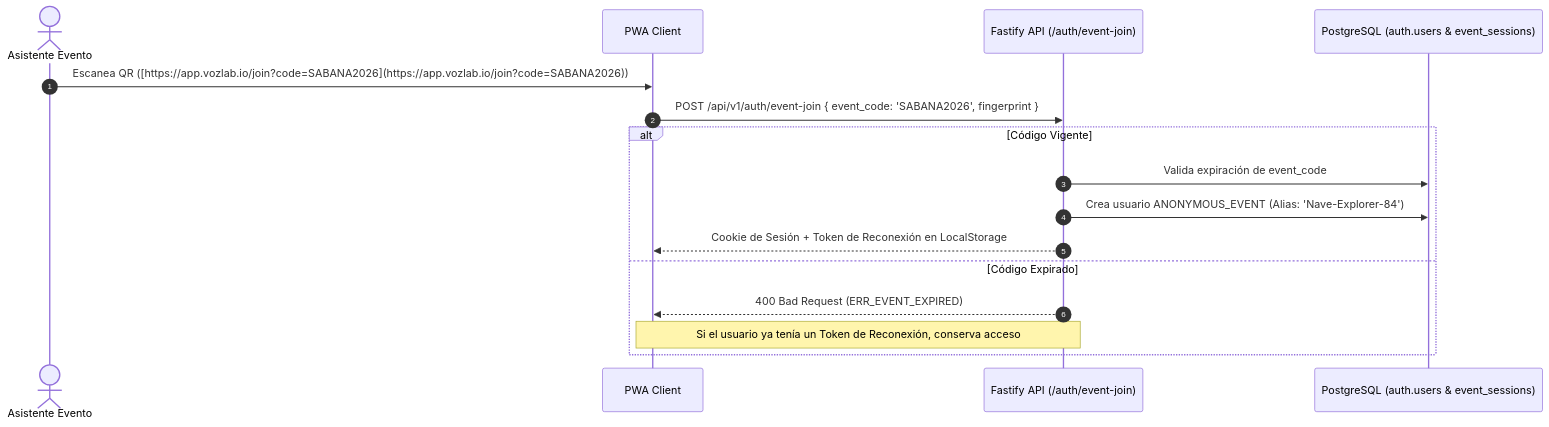
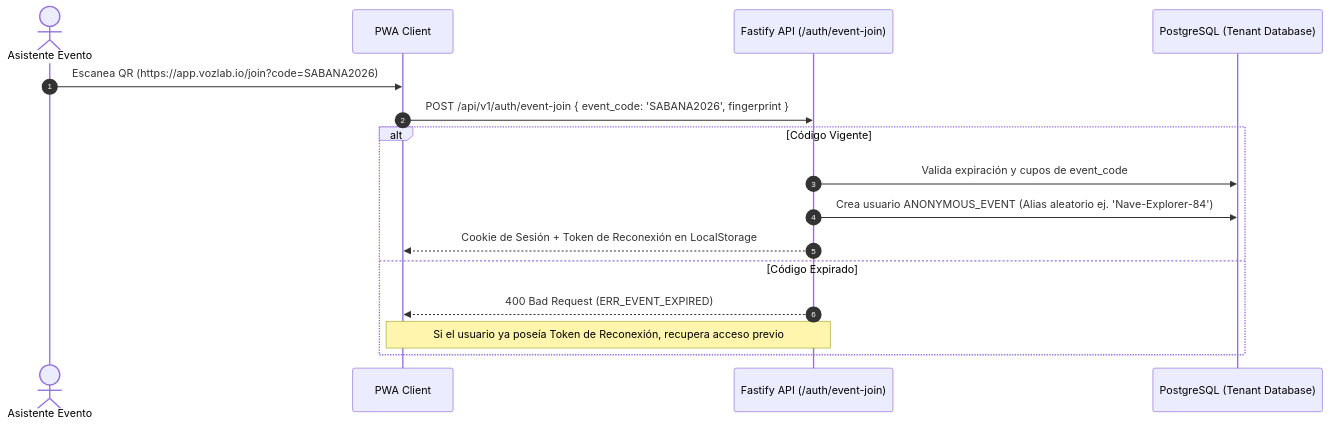
The third of 3 diagrams in docs/system/04_autenticacion_y_multitenancy.md (Juanc0/vozlab), drawn with Mermaid before and after one commit. The commit also changed other lines of this file and 1 other file, not shown here.

````diff
--- a/docs/system/04_autenticacion_y_multitenancy.md
+++ b/docs/system/04_autenticacion_y_multitenancy.md
@@ -100,21 +100,21 @@
 ```mermaid
 sequenceDiagram
     autonumber
     actor Asistente as Asistente Evento
     participant PWA as PWA Client
     participant Fastify as Fastify API (/auth/event-join)
-    participant DB as PostgreSQL (auth.users & event_sessions)
+    participant TenantDB as PostgreSQL (Tenant Database)
 
-    Asistente->>PWA: Escanea QR ([https://app.vozlab.io/join?code=SABANA2026](https://app.vozlab.io/join?code=SABANA2026))
+    Asistente->>PWA: Escanea QR (https://app.vozlab.io/join?code=SABANA2026)
     PWA->>Fastify: POST /api/v1/auth/event-join { event_code: 'SABANA2026', fingerprint }
     
     alt Código Vigente
-        Fastify->>DB: Valida expiración de event_code
-        Fastify->>DB: Crea usuario ANONYMOUS_EVENT (Alias: 'Nave-Explorer-84')
+        Fastify->>TenantDB: Valida expiración y cupos de event_code
+        Fastify->>TenantDB: Crea usuario ANONYMOUS_EVENT (Alias aleatorio ej. 'Nave-Explorer-84')
         Fastify-->>PWA: Cookie de Sesión + Token de Reconexión en LocalStorage
     else Código Expirado
         Fastify-->>PWA: 400 Bad Request (ERR_EVENT_EXPIRED)
-        Note over PWA, Fastify: Si el usuario ya tenía un Token de Reconexión, conserva acceso
+        Note over PWA, Fastify: Si el usuario ya poseía Token de Reconexión, recupera acceso previo
     end
 
 ```
````
